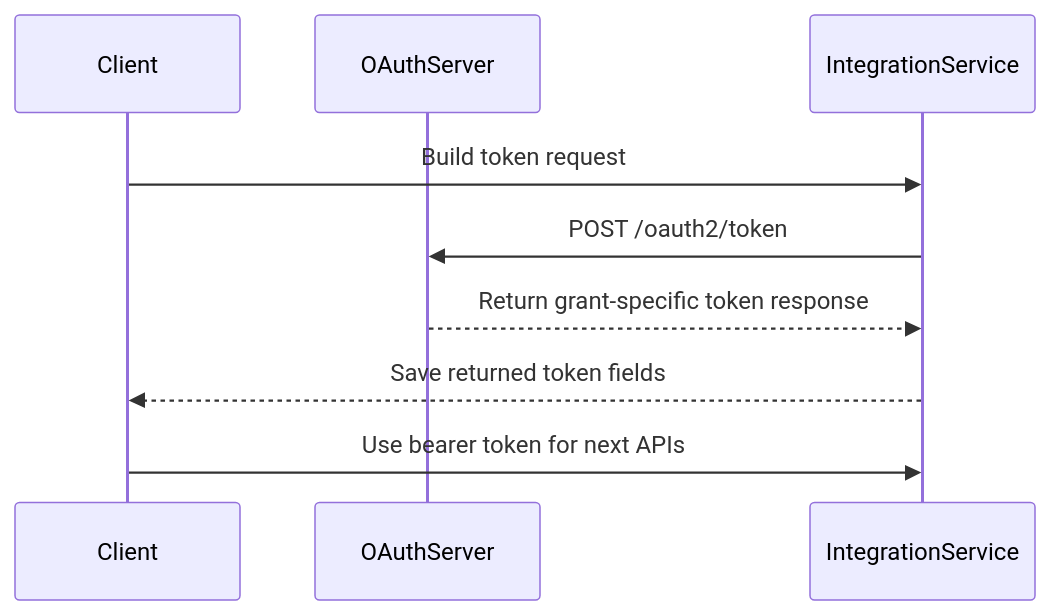
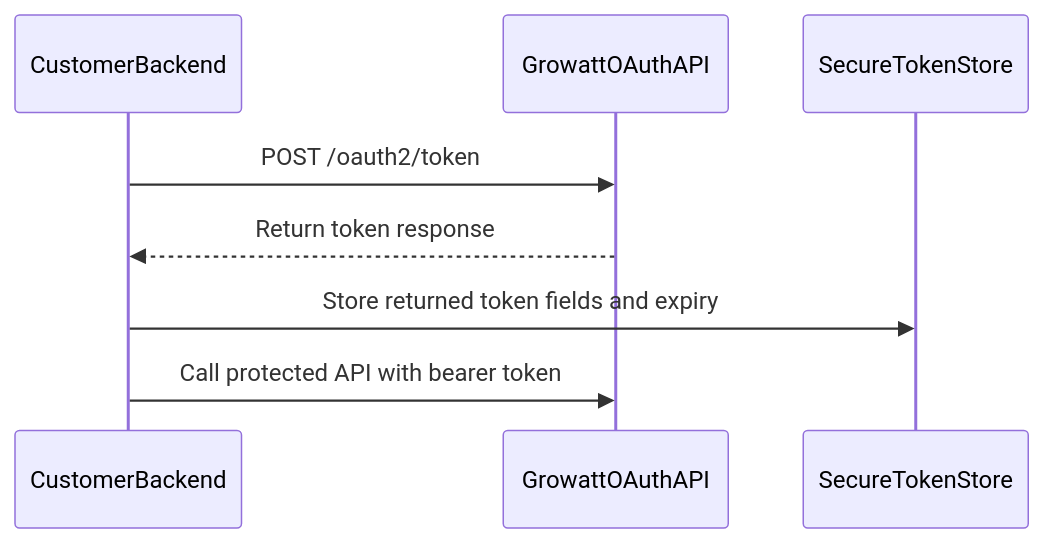
The diagram in Growatt API/OPENAPI/02_api_access_token.md (EugeneJian/growatt-unified-api), drawn with Mermaid before and after one commit. The commit also changed other lines of this file and 46 other files, not shown here.

````diff
--- a/Growatt API/OPENAPI/02_api_access_token.md
+++ b/Growatt API/OPENAPI/02_api_access_token.md
@@ -20,13 +15,11 @@
 ```mermaid
-%% 本代码严格遵循AI生成Mermaid代码的终极准则v4.1（Mermaid终极大师）
 sequenceDiagram
-    participant Client as Client
-    participant OAuth as OAuthServer
-    participant App as IntegrationService
+    participant Backend as CustomerBackend
+    participant OAuth as GrowattOAuthAPI
+    participant Store as SecureTokenStore
 
-    Client->>App: Build token request
-    App->>OAuth: POST /oauth2/token
-    OAuth-->>App: Return grant-specific token response
-    App-->>Client: Save returned token fields
-    Client->>App: Use bearer token for next APIs
+    Backend->>OAuth: POST /oauth2/token
+    OAuth-->>Backend: Return token response
+    Backend->>Store: Store returned token fields and expiry
+    Backend->>OAuth: Call protected API with bearer token
 ```
````
